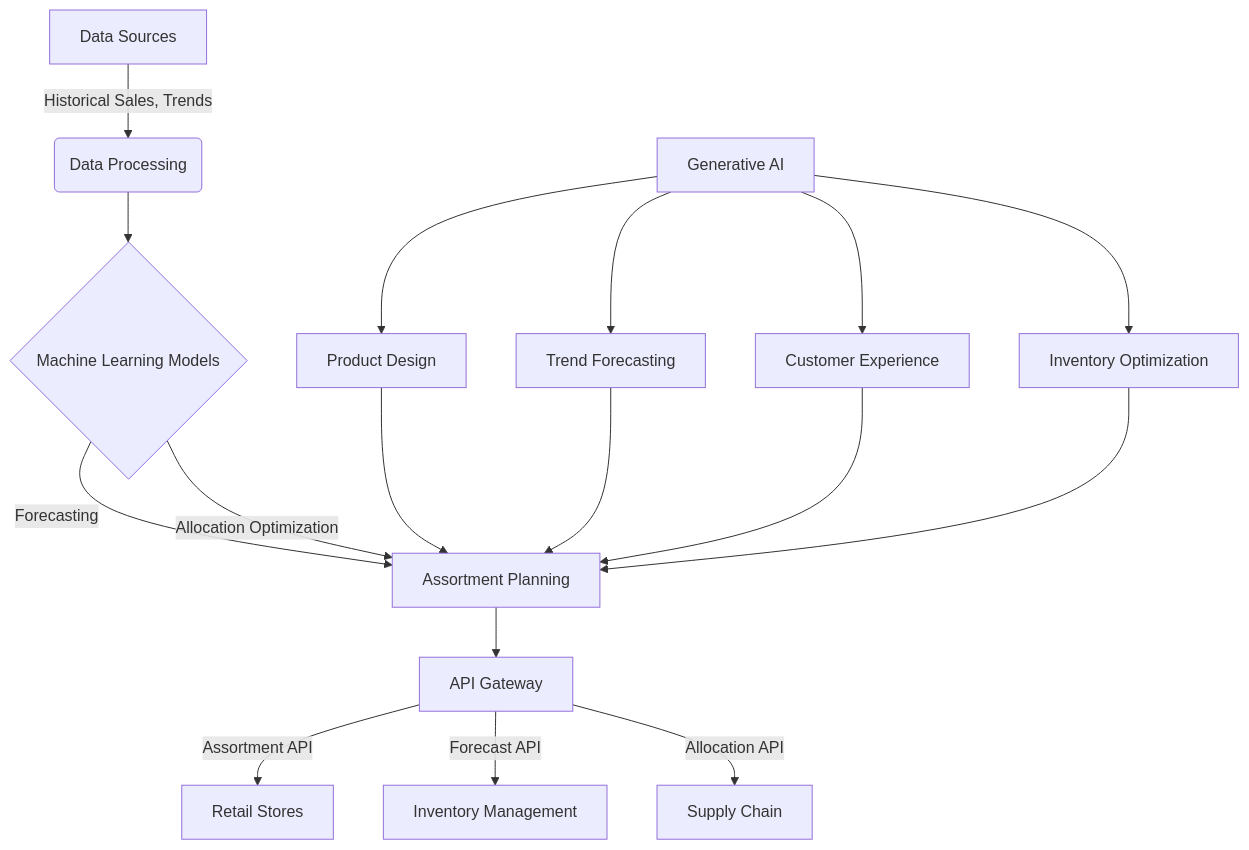
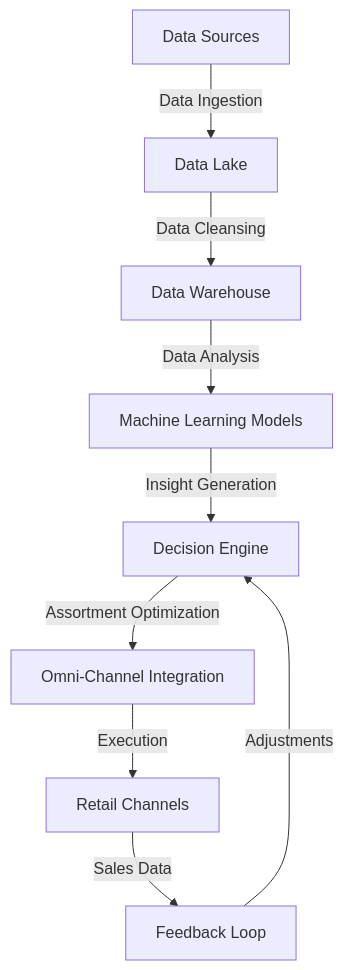
The first of 2 diagrams in readme.md (mgorav/assortment), drawn with Mermaid before and after one commit. The commit also changed other lines of this file, not shown here.

````diff
--- a/readme.md
+++ b/readme.md
@@ -56,21 +32,11 @@
 ```mermaid
 graph TD;
-    A[Data Sources] -->|Historical Sales, Trends| B(Data Processing);
-    B --> C{Machine Learning Models};
-    C -->|Forecasting| D[Assortment Planning];
-    C -->|Allocation Optimization| D;
-    D --> E[API Gateway];
-    E -->|Assortment API| F[Retail Stores];
-    E -->|Forecast API| G[Inventory Management];
-    E -->|Allocation API| H[Supply Chain];
-
-    I[Generative AI] --> J[Product Design];
-    I --> K[Trend Forecasting];
-    I --> L[Customer Experience];
-    I --> M[Inventory Optimization];
-
-    J --> D;
-    K --> D;
-    L --> D;
-    M --> D;
+    A[Data Sources] -->|Data Ingestion| B[Data Lake];
+    B -->|Data Cleansing| C[Data Warehouse];
+    C -->|Data Analysis| D[Machine Learning Models];
+    D -->|Insight Generation| E[Decision Engine];
+    E -->|Assortment Optimization| F[Omni-Channel Integration];
+    F -->|Execution| G[Retail Channels];
+    G -->|Sales Data| H[Feedback Loop];
+    H -->|Adjustments| E;
 ```
````
